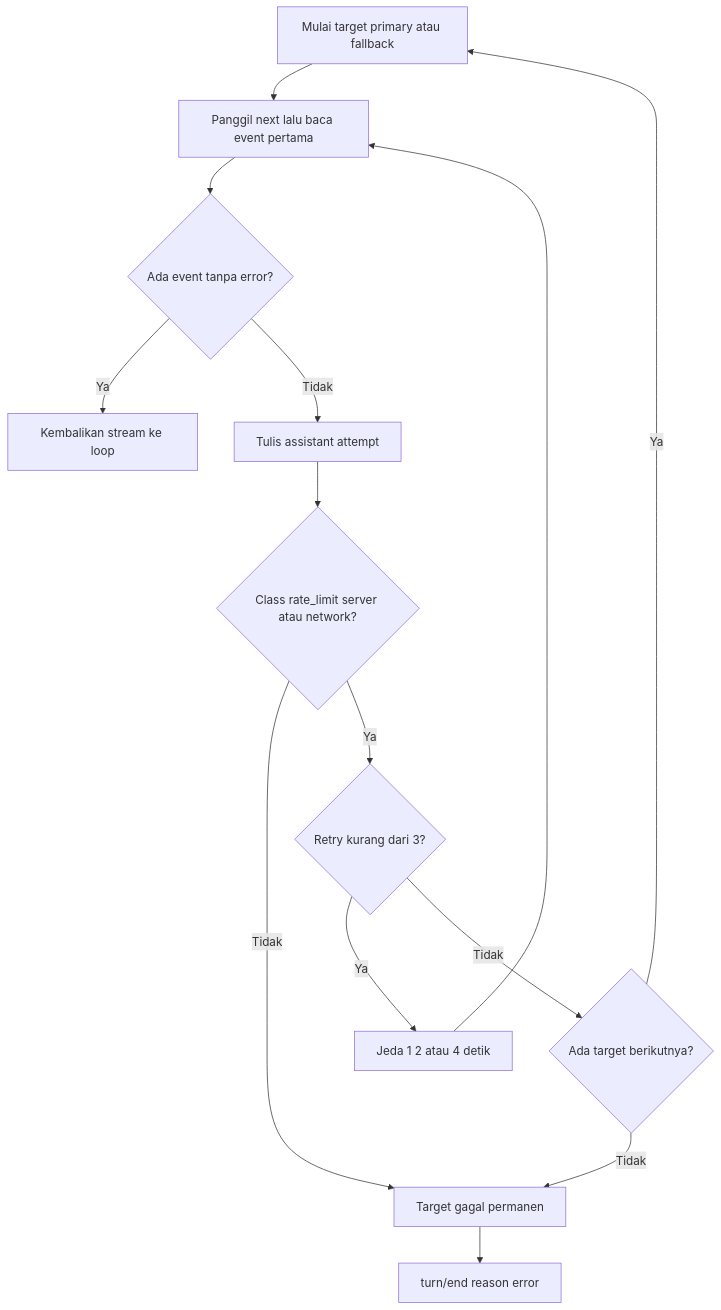
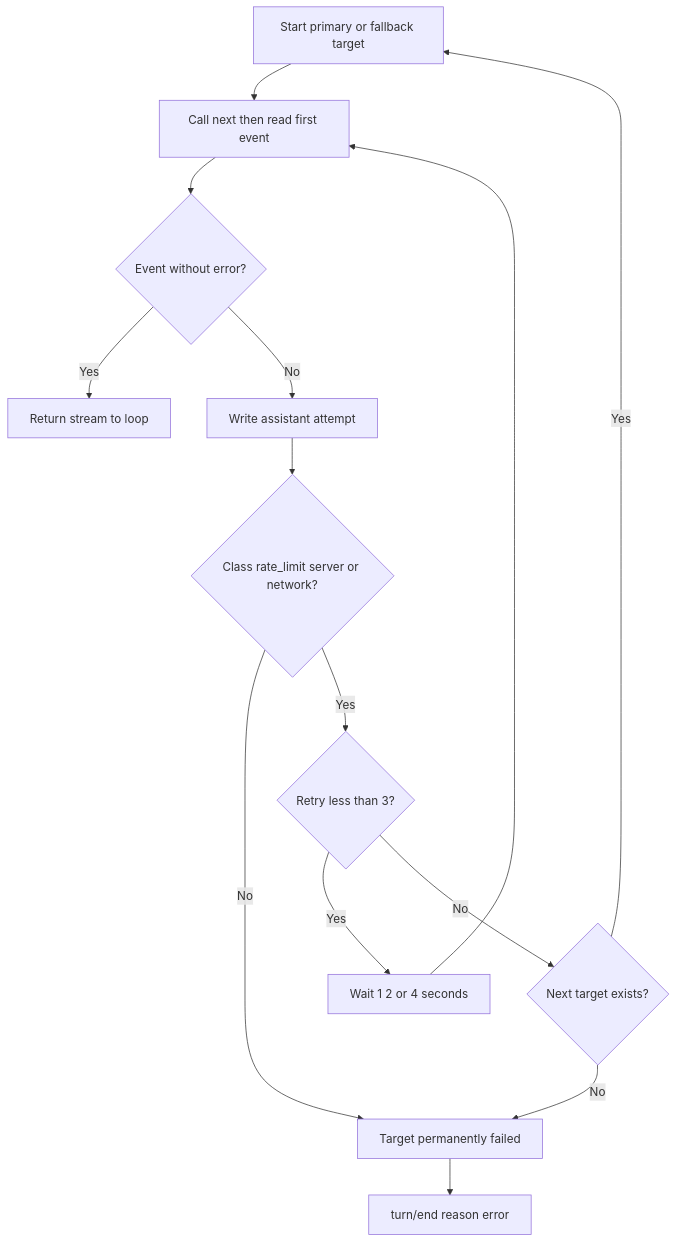
The third of 5 diagrams in docs/specs/3-agent-loop/design.md (ridhomujizat/lana-harness), drawn with Mermaid before and after one commit. The commit also changed other lines of this file and 172 other files, not shown here.

````diff
--- a/docs/specs/3-agent-loop/design.md
+++ b/docs/specs/3-agent-loop/design.md
@@ -237,16 +237,16 @@
 ```mermaid
 flowchart TD
-  A["Mulai target primary atau fallback"] --> B["Panggil next lalu baca event pertama"]
-  B --> C{"Ada event tanpa error?"}
-  C -- "Ya" --> OK["Kembalikan stream ke loop"]
-  C -- "Tidak" --> D["Tulis assistant attempt"]
-  D --> E{"Class rate_limit server atau network?"}
-  E -- "Tidak" --> F["Target gagal permanen"]
-  E -- "Ya" --> G{"Retry kurang dari 3?"}
-  G -- "Ya" --> H["Jeda 1 2 atau 4 detik"]
+  A["Start primary or fallback target"] --> B["Call next then read first event"]
+  B --> C{"Event without error?"}
+  C -- "Yes" --> OK["Return stream to loop"]
+  C -- "No" --> D["Write assistant attempt"]
+  D --> E{"Class rate_limit server or network?"}
+  E -- "No" --> F["Target permanently failed"]
+  E -- "Yes" --> G{"Retry less than 3?"}
+  G -- "Yes" --> H["Wait 1 2 or 4 seconds"]
   H --> B
-  G -- "Tidak" --> I{"Ada target berikutnya?"}
-  I -- "Ya" --> A
-  I -- "Tidak" --> F
+  G -- "No" --> I{"Next target exists?"}
+  I -- "Yes" --> A
+  I -- "No" --> F
   F --> Z["turn/end reason error"]
 ```
````
